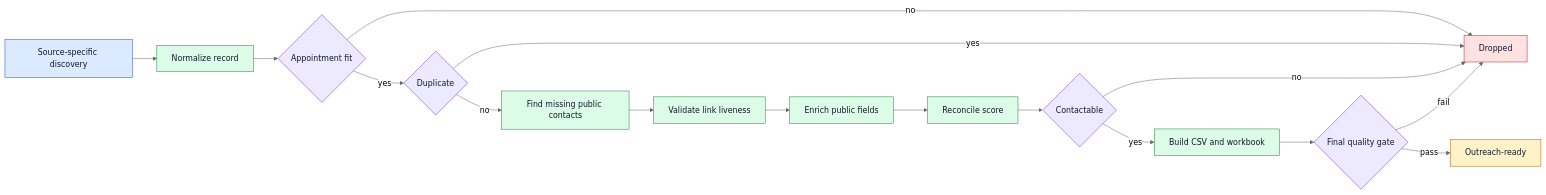
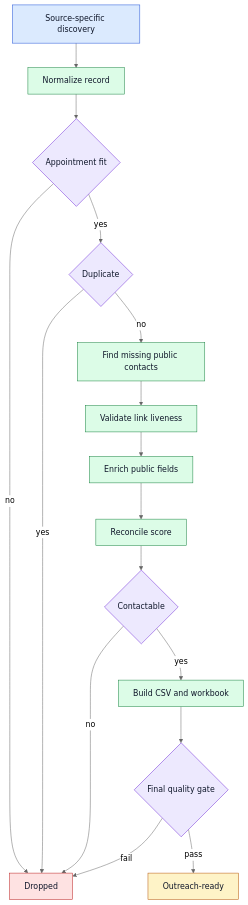
The diagram in README.md (a3s5jj/dental-lead-qualification-case-study), drawn with Mermaid (neutral theme) before and after one commit.

Commit message:
Make README diagram readable at GitHub width
GitHub scales a README diagram down to fit a column about 823px wide.
Drawn left to right, this one was 2973px across, so it shrank to 28%
and its labels rendered at roughly 4px against 16px body text.

Top-down keeps it at full size, at the cost of height.

````diff
--- a/README.md
+++ b/README.md
@@ -23,29 +23,29 @@
 ```mermaid
-flowchart LR
+flowchart TD
   A[Source-specific discovery] --> B[Normalize record]
   B --> C{Appointment fit}
   C -->|no| X[Dropped]
   C -->|yes| D{Duplicate}
   D -->|yes| X
   D -->|no| E[Find missing public contacts]
   E --> F[Validate link liveness]
   F --> G[Enrich public fields]
   G --> H[Reconcile score]
   H --> I{Contactable}
   I -->|no| X
   I -->|yes| J[Build CSV and workbook]
   J --> K{Final quality gate}
   K -->|fail| X
   K -->|pass| L[Outreach-ready]
 
   classDef entry fill:#dbeafe,stroke:#1d4ed8,color:#0f172a
   classDef ai fill:#ede9fe,stroke:#6d28d9,color:#0f172a
   classDef logic fill:#dcfce7,stroke:#15803d,color:#0f172a
   classDef ext fill:#fef3c7,stroke:#b45309,color:#0f172a
   classDef stop fill:#fee2e2,stroke:#b91c1c,color:#0f172a
   class A entry
   class C,D,I,K ai
   class B,E,F,G,H,J logic
   class L ext
   class X stop
 ```
````
